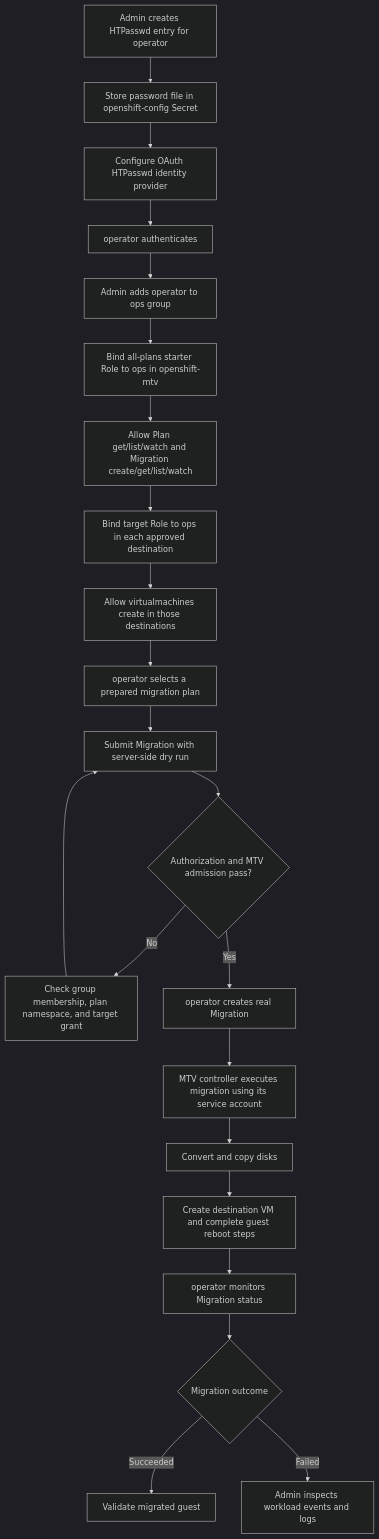
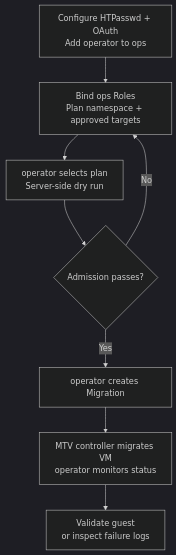
Before and after one commit to syangsao/openshift_mtv_perms: the diagram in README.md, drawn with Mermaid (dark theme).

Commit message:
docs: compact migration process diagram

````diff
--- a/README.md
+++ b/README.md
@@ -7,26 +7,10 @@
 ```mermaid
 flowchart TD
-    A[Admin creates HTPasswd entry for operator] --> B[Store password file in openshift-config Secret]
-    B --> C[Configure OAuth HTPasswd identity provider]
-    C --> D[operator authenticates]
-    D --> E[Admin adds operator to ops group]
-
-    E --> F[Bind all-plans starter Role to ops in openshift-mtv]
-    F --> G[Allow Plan get/list/watch and Migration create/get/list/watch]
-    G --> H[Bind target Role to ops in each approved destination]
-    H --> I[Allow virtualmachines create in those destinations]
-
-    I --> J[operator selects a prepared migration plan]
-    J --> K[Submit Migration with server-side dry run]
-    K --> L{Authorization and MTV admission pass?}
-    L -->|No| M[Check group membership, plan namespace, and target grant]
-    M --> K
-    L -->|Yes| N[operator creates real Migration]
-    N --> O[MTV controller executes migration using its service account]
-    O --> P[Convert and copy disks]
-    P --> Q[Create destination VM and complete guest reboot steps]
-    Q --> R[operator monitors Migration status]
-    R --> S{Migration outcome}
-    S -->|Succeeded| T[Validate migrated guest]
-    S -->|Failed| U[Admin inspects workload events and logs]
+    A["Configure HTPasswd + OAuth<br/>Add operator to ops"] --> B["Bind ops Roles<br/>Plan namespace + approved targets"]
+    B --> C["operator selects plan<br/>Server-side dry run"]
+    C --> D{Admission passes?}
+    D -->|No| B
+    D -->|Yes| E["operator creates Migration"]
+    E --> F["MTV controller migrates VM<br/>operator monitors status"]
+    F --> G["Validate guest<br/>or inspect failure logs"]
 ```
````
